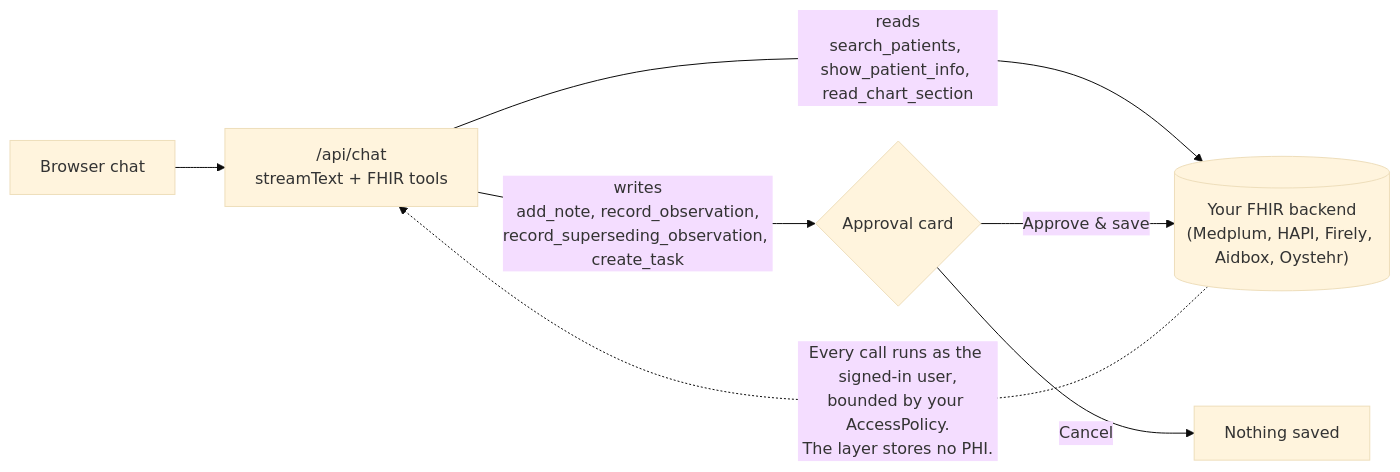
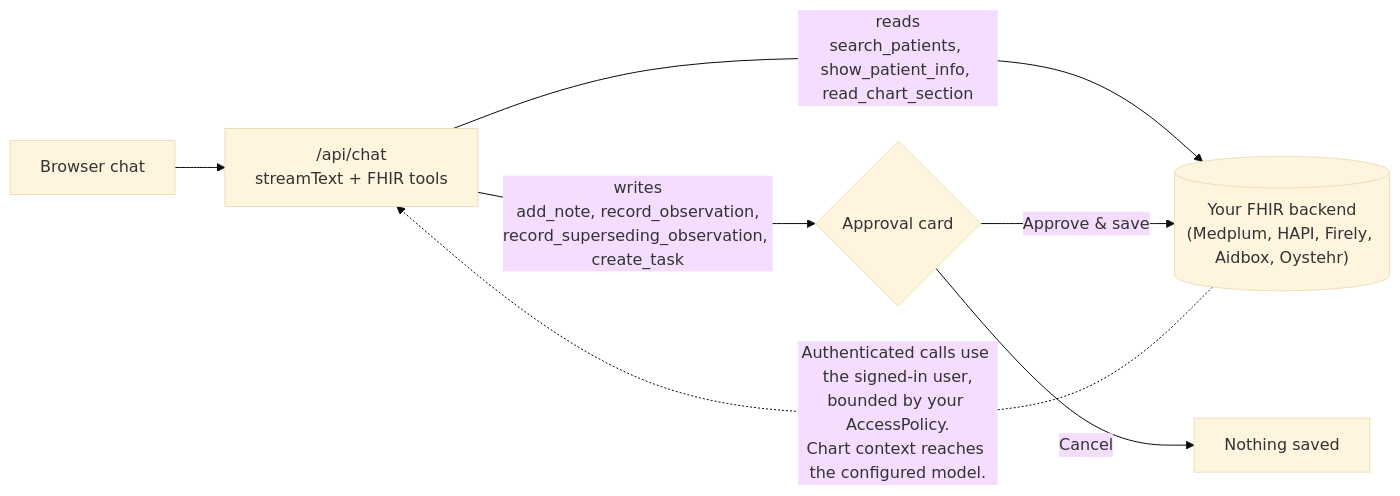
The diagram in README.md (cbetz/last-ehr), drawn with Mermaid (base theme) before and after one commit. The commit also changed other lines of this file and 19 other files, not shown here.

````diff
--- a/README.md
+++ b/README.md
@@ -125,9 +126,9 @@
 ```mermaid
 flowchart LR
     B["Browser chat"] --> A["/api/chat<br/>streamText + FHIR tools"]
     A -- "reads<br/>search_patients, show_patient_info, read_chart_section" --> M[("Your FHIR backend<br/>(Medplum, HAPI, Firely, Aidbox, Oystehr)")]
     A -- "writes<br/>add_note, record_observation,<br/>record_superseding_observation, create_task" --> C{"Approval card"}
     C -- "Approve & save" --> M
     C -- "Cancel" --> N["Nothing saved"]
-    M -. "Every call runs as the signed-in user,<br/>bounded by your AccessPolicy.<br/>The layer stores no PHI." .-> A
+    M -. "Authenticated calls use the signed-in user,<br/>bounded by your AccessPolicy.<br/>Chart context reaches the configured model." .-> A
 ```
````
